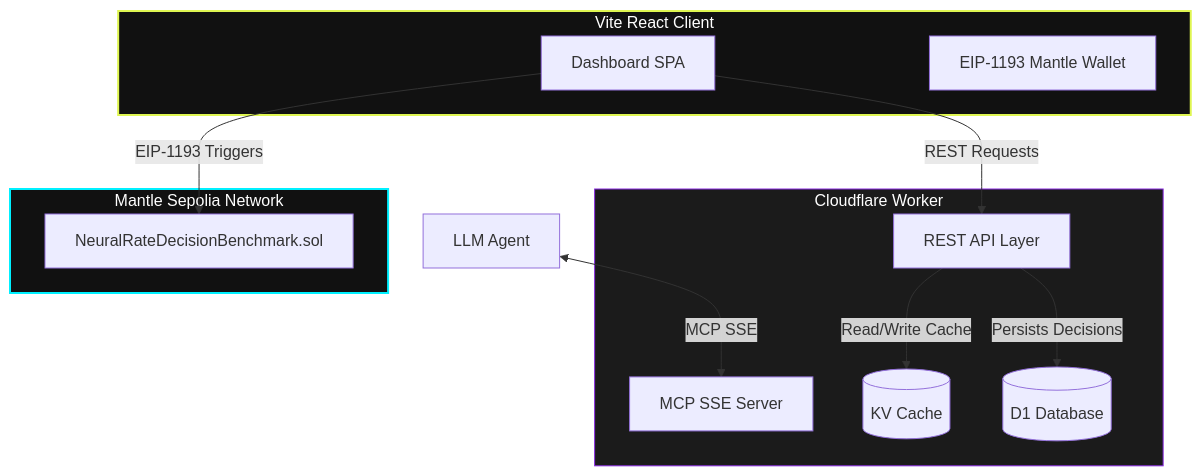
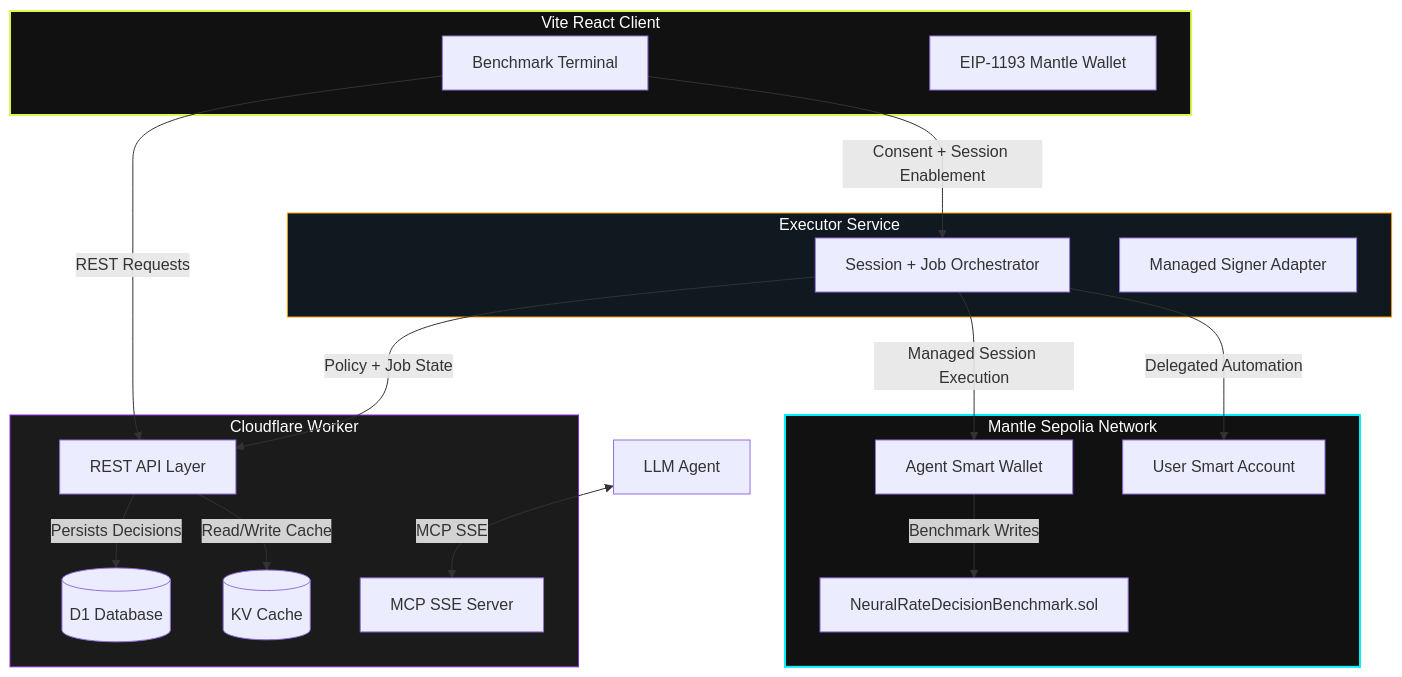
One commit to Lipe-lx/NeuralRate-MCP changed the diagram in README.md. Above: the diagram before and after it, drawn with Mermaid. The commit also changed other lines of this file and 54 other files, not shown here.

````diff
--- a/README.md
+++ b/README.md
@@ -7,26 +15,37 @@
 ```mermaid
 graph TD
     subgraph UI [Vite React Client]
-        D[Dashboard SPA]
+        D[Benchmark Terminal]
         W[EIP-1193 Mantle Wallet]
     end
     subgraph Backend [Cloudflare Worker]
         API[REST API Layer]
         MCP[MCP SSE Server]
         KV[(KV Cache)]
         D1[(D1 Database)]
     end
+    subgraph Executor [Executor Service]
+        EX[Session + Job Orchestrator]
+        MS[Managed Signer Adapter]
+    end
     subgraph Chain [Mantle Sepolia Network]
         SC[NeuralRateDecisionBenchmark.sol]
+        USA[User Smart Account]
+        ASW[Agent Smart Wallet]
     end
 
     D -->|REST Requests| API
     Agent[LLM Agent] <-->|MCP SSE| MCP
-    D -->|EIP-1193 Triggers| SC
+    D -->|Consent + Session Enablement| EX
     API -->|Persists Decisions| D1
     API -->|Read/Write Cache| KV
+    EX -->|Policy + Job State| API
+    EX -->|Managed Session Execution| ASW
+    EX -->|Delegated Automation| USA
+    ASW -->|Benchmark Writes| SC
 
     style UI fill:#111,stroke:#DFF651,stroke-width:2px,color:#fff
     style Backend fill:#1b1b1b,stroke:#8A2BE2,stroke-width:1px,color:#fff
+    style Executor fill:#101820,stroke:#f59e0b,stroke-width:1px,color:#fff
     style Chain fill:#111,stroke:#00F0FF,stroke-width:2px,color:#fff
 ```
````
